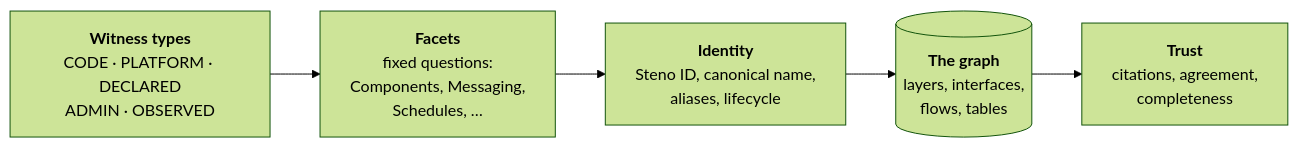
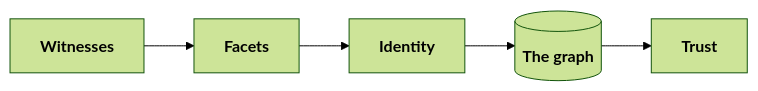
Before and after one commit to KBavis/steno: the diagram in docs/concepts/README.md, drawn with Mermaid (forest theme). The commit also changed other lines of this file and 35 other files, not shown here.

First line of the commit message:
docs: simplify the docs and record D150 (flows-first routing)

````diff
--- a/docs/concepts/README.md
+++ b/docs/concepts/README.md
@@ -11,7 +11,7 @@
 ```mermaid
 flowchart LR
-    W["<b>Witness types</b><br/>CODE · PLATFORM · DECLARED<br/>ADMIN · OBSERVED"] --> F["<b>Facets</b><br/>fixed questions:<br/>Components, Messaging,<br/>Schedules, …"]
-    F --> ID["<b>Identity</b><br/>Steno ID, canonical name,<br/>aliases, lifecycle"]
-    ID --> G[("<b>The graph</b><br/>layers, interfaces,<br/>flows, tables")]
-    G --> T["<b>Trust</b><br/>citations, agreement,<br/>completeness"]
+    W["<b>Witnesses</b>"] --> F["<b>Facets</b>"]
+    F --> ID["<b>Identity</b>"]
+    ID --> G[("<b>The graph</b>")]
+    G --> T["<b>Trust</b>"]
 ```
````
